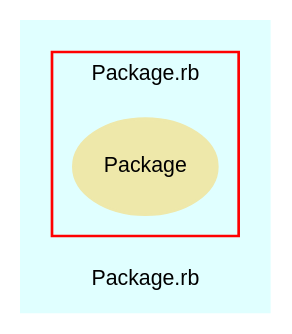
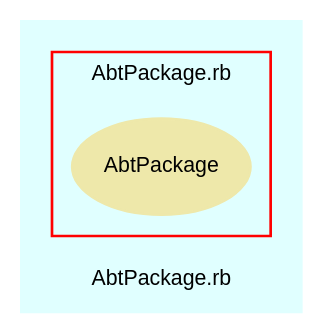
One commit to eschabell/abtlinux changed the diagram in src/trunk/doc/dot/f_1.dot. Above: the diagram before and after it, drawn with Graphviz. The commit also changed 41 other files, not shown here.

```diff
--- a/src/trunk/doc/dot/f_1.dot
+++ b/src/trunk/doc/dot/f_1.dot
@@ -1,28 +1,28 @@
 digraph TopLevel {
     compound = true
     bgcolor = lightcyan1
     fontname = Arial
     fontsize = 8
-    label = "Package.rb"
+    label = "AbtPackage.rb"
     node [
         fontname = Arial,
         fontsize = 8,
         color = black
     ]
 
     subgraph cluster_2 {
         fontname = Arial
         color = red
-        label = "Package.rb"
-        Package [
+        label = "AbtPackage.rb"
+        AbtPackage [
             fontcolor = black,
-            URL = "classes/Package.html",
+            URL = "classes/AbtPackage.html",
             shape = ellipse,
             color = palegoldenrod,
             style = filled,
-            label = "Package"
+            label = "AbtPackage"
         ]
 
     }
 
 }
```
